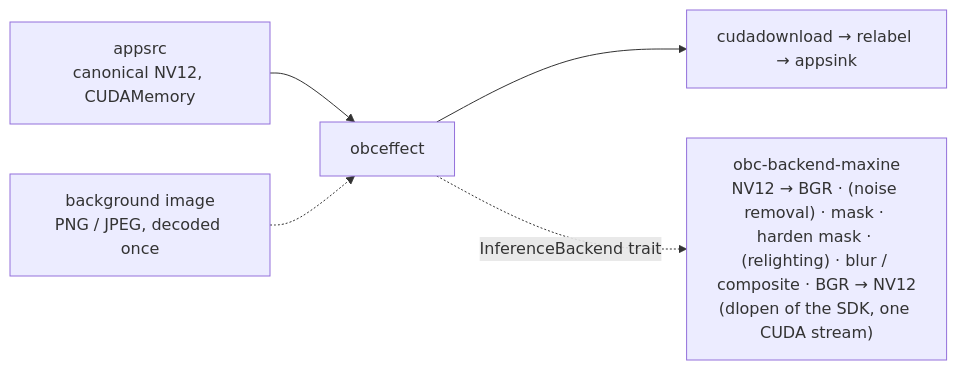
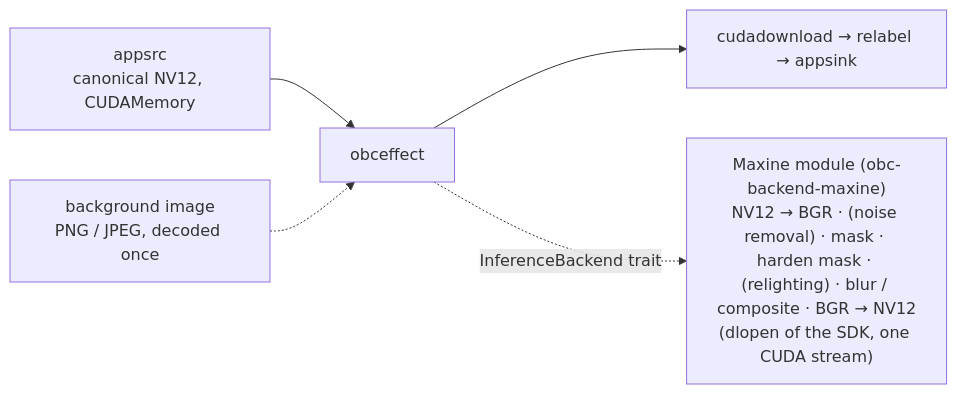
The fourth of 7 diagrams in docs/architecture.md (rsd/omarchy-broadcast), drawn with Mermaid before and after one commit. The commit also changed other lines of this file and 124 other files, not shown here.

````diff
--- a/docs/architecture.md
+++ b/docs/architecture.md
@@ -228,7 +227,7 @@
 ```mermaid
 flowchart LR
     SRC["appsrc<br/>canonical NV12, CUDAMemory"] --> FX["obceffect"]
     FX --> DL["cudadownload → relabel → appsink"]
-    FX -. "InferenceBackend trait" .-> BE["obc-backend-maxine<br/>NV12 → BGR · (noise removal) · mask · harden mask · (relighting) · blur / composite · BGR → NV12<br/>(dlopen of the SDK, one CUDA stream)"]
+    FX -. "InferenceBackend trait" .-> BE["Maxine module (obc-backend-maxine)<br/>NV12 → BGR · (noise removal) · mask · harden mask · (relighting) · blur / composite · BGR → NV12<br/>(dlopen of the SDK, one CUDA stream)"]
     BG["background image<br/>PNG / JPEG, decoded once"] -.-> FX
 ```
````
